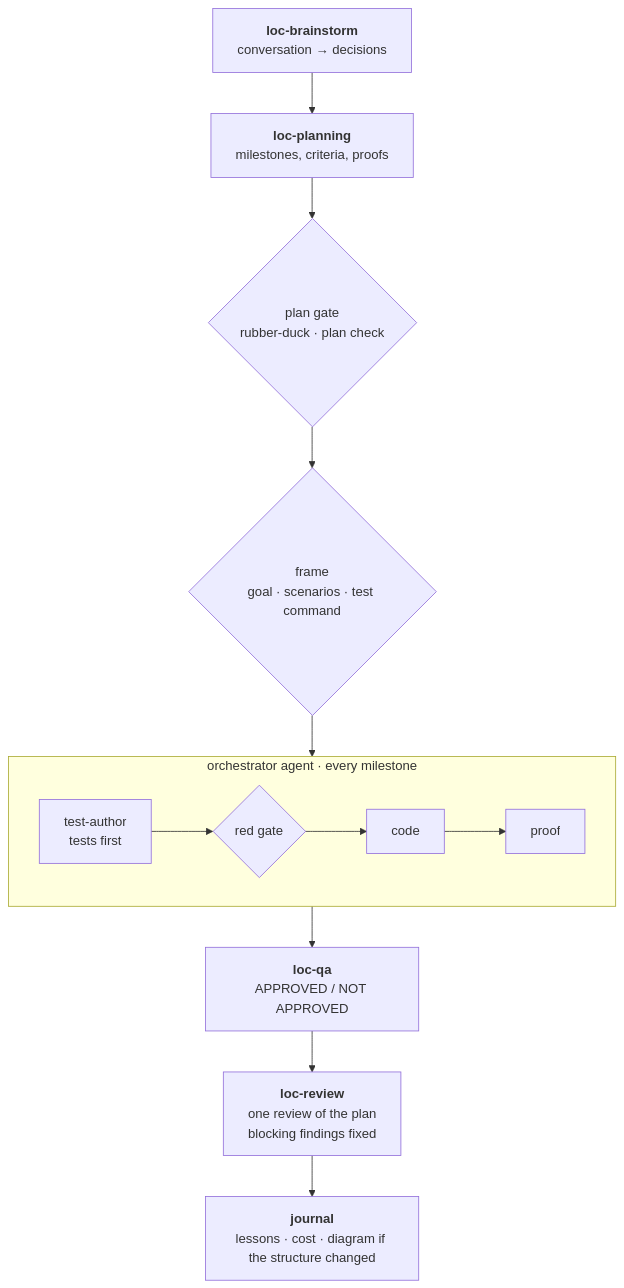
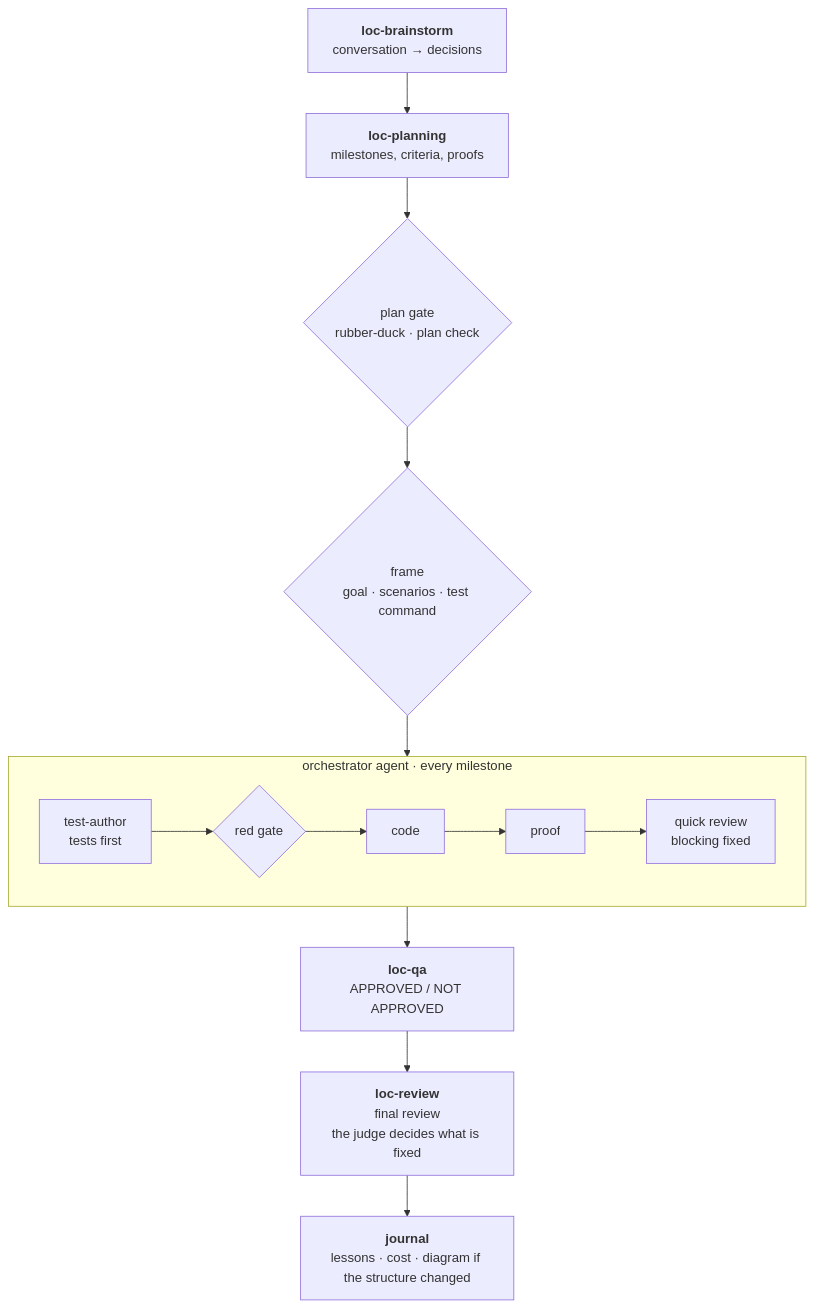
The diagram in README.md (etobod/masterskills), drawn with Mermaid before and after one commit. The commit also changed other lines of this file and 16 other files, not shown here.

Commit message:
feat(review): a quick code review per milestone, the full final review restored (2.32.0)

````diff
--- a/README.md
+++ b/README.md
@@ -72,15 +72,15 @@
 ```mermaid
 flowchart TD
     A["<b>loc-brainstorm</b><br/>conversation → decisions"] --> B["<b>loc-planning</b><br/>milestones, criteria, proofs"]
     B --> G{"plan gate<br/>rubber-duck · plan check"}
     G --> F{"frame<br/>goal · scenarios · test command"}
     F --> M
     subgraph M["orchestrator agent · every milestone"]
         direction LR
         T["test-author<br/>tests first"] --> R{"red gate"}
-        R --> C["code"] --> P["proof"]
+        R --> C["code"] --> P["proof"] --> CR["quick review<br/>blocking fixed"]
     end
     M --> Q["<b>loc-qa</b><br/>APPROVED / NOT APPROVED"]
-    Q --> RV["<b>loc-review</b><br/>one review of the plan<br/>blocking findings fixed"]
+    Q --> RV["<b>loc-review</b><br/>final review<br/>the judge decides what is fixed"]
     RV --> J["<b>journal</b><br/>lessons · cost · diagram if the structure changed"]
 ```
````
